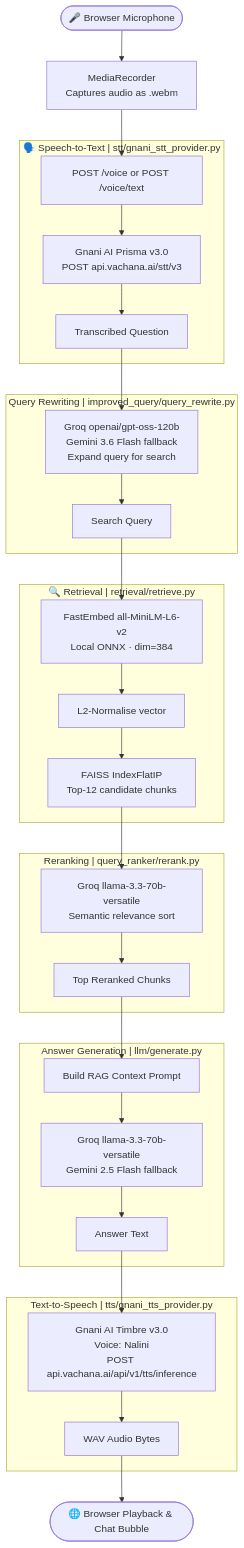
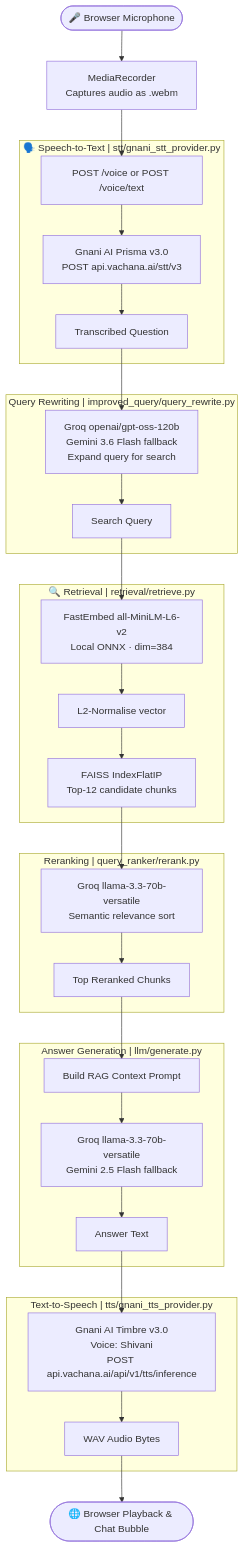
Before and after one commit to taksh-diyora/voicy-rag: the diagram in README.md, drawn with Mermaid. The commit also changed other lines of this file and 9 other files, not shown here.

````diff
--- a/README.md
+++ b/README.md
@@ -44,39 +44,39 @@
 ```mermaid
 flowchart TD
     A([🎤 Browser Microphone]) --> B[MediaRecorder\nCaptures audio as .webm]
     B --> C[POST /voice or POST /voice/text]
 
     subgraph STT ["🗣️ Speech-to-Text  |  stt/gnani_stt_provider.py"]
         C --> D[Gnani AI Prisma v3.0\nPOST api.vachana.ai/stt/v3]
         D --> E[Transcribed Question]
     end
 
     subgraph QR [" Query Rewriting  |  improved_query/query_rewrite.py"]
         E --> F[Groq openai/gpt-oss-120b\nGemini 3.6 Flash fallback\nExpand query for search]
         F --> G[Search Query]
     end
 
     subgraph RAG ["🔍 Retrieval  |  retrieval/retrieve.py"]
         G --> H[FastEmbed all-MiniLM-L6-v2\nLocal ONNX · dim=384]
         H --> I[L2-Normalise vector]
         I --> J[FAISS IndexFlatIP\nTop-12 candidate chunks]
     end
 
     subgraph RR [" Reranking  |  query_ranker/rerank.py"]
         J --> K[Groq llama-3.3-70b-versatile\nSemantic relevance sort]
         K --> L[Top Reranked Chunks]
     end
 
     subgraph LLM [" Answer Generation  |  llm/generate.py"]
         L --> M[Build RAG Context Prompt]
         M --> N[Groq llama-3.3-70b-versatile\nGemini 2.5 Flash fallback]
         N --> O[Answer Text]
     end
 
     subgraph TTS [" Text-to-Speech  |  tts/gnani_tts_provider.py"]
-        O --> P[Gnani AI Timbre v3.0\nVoice: Nalini\nPOST api.vachana.ai/api/v1/tts/inference]
+        O --> P[Gnani AI Timbre v3.0\nVoice: Shivani\nPOST api.vachana.ai/api/v1/tts/inference]
         P --> Q[WAV Audio Bytes]
     end
 
     Q --> R([🌐 Browser Playback & Chat Bubble])
 ```
````
